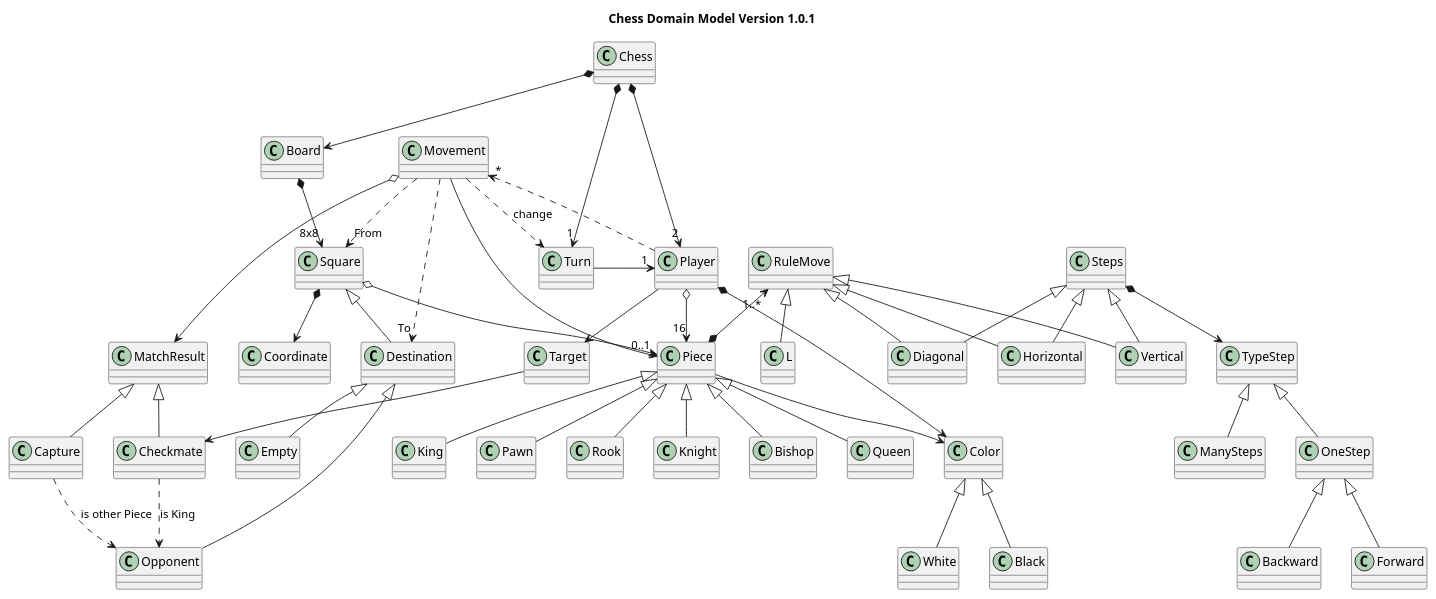
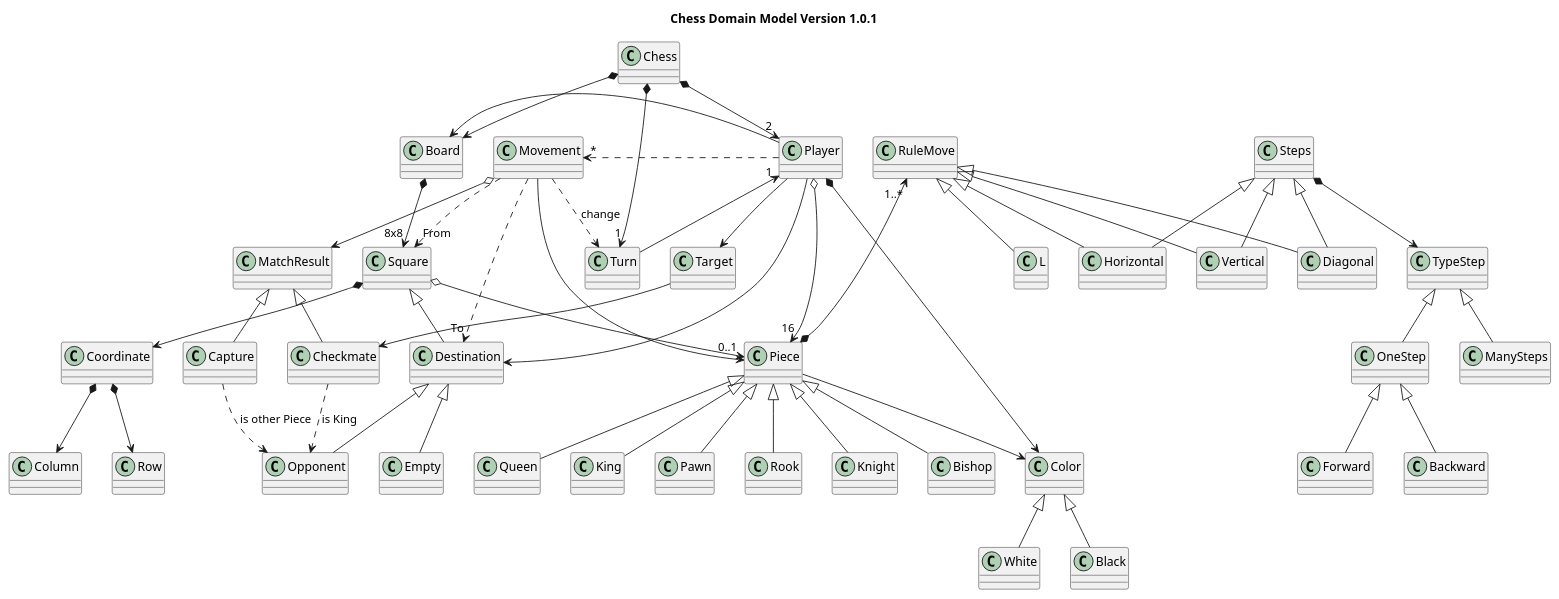
The diagram in uml/kodenix/chess-domainmodel.puml (japc78/escuelait-masterds-02-poo-chess), drawn with PlantUML before and after one commit. The commit also changed 15 other files, not shown here.

```diff
--- a/uml/kodenix/chess-domainmodel.puml
+++ b/uml/kodenix/chess-domainmodel.puml
@@ -1,126 +1,132 @@
 @startuml ChessDomainModel_v1_0_1
 
 	title Chess Domain Model Version 1.0.1
 
 	class Chess
 	
 	
 	
     class Square
 	class Empty
 	class Opponent
     
     class Coordinate
     
 	together {
 		class Player	
 		class RuleMove
 	
 	}
 	
 		class Board
 		class Piece
 		
 	
 
 	
 		class Movement
 		class Turn
 		class RuleMove
 	
 	
 	class Pawn
 	class Rook
 	class Knight
 	class Bishop
 	class Queen
 	class King
 	class Color
 	class White
 	class Black
 	
 	
 	class Checkmate
 	class Capture
 
 	class Target
 	class Steps
 	class TypeStep
 	class OneStep
 	class Forward
 	class Backward
 	class ManySteps
 	class Destination
 	class Checkmate
 
 	Chess *--> "1" Turn
 	Chess *--> Board
 	Chess *--> "2" Player
 	Turn --> "1" Player
 
     Board *--> "8x8" Square
 
 	Player ..> "*" Movement
 	Player *--> Color
 	Player o--> "16" Piece
+	Player --> Destination
+	Player --> Board
+
 	/'Player *-- King
 	Player *-- Queen
 	Player *-- "2" Bishop
 	Player *-- "2" Knight
 	Player *-- "2" Rook
 	Player *-- "8" Pawn
 	'/
 	Player --> Target
 	Target --> Checkmate
 
 	Color <|-- White
 	Color <|-- Black
 
 	Piece *--> "1..*" RuleMove
 	Piece <|-- Pawn
 	Piece <|-- Bishop
 	Piece <|-- Knight
 	Piece <|-- Rook
 	Piece <|-- Queen
 	Piece <|-- King
 
 	Piece --> Color
 
 	Movement ..> Turn : change
 	Movement ..> "To" Destination
     Movement ..> "From" Square
 	Movement --> Piece
 	Movement o--> MatchResult
 
 	MatchResult ^-- Checkmate
 	MatchResult ^-- Capture
 	Checkmate ..>  Opponent : "is King"
 	Capture ..>  Opponent : "is other Piece"
 
 	Square o--> "0..1" Piece
     Square <|-- Destination
     Square *--> Coordinate
 
+	Coordinate *--> Row
+	Coordinate *--> Column
+
 	Destination <|-- Empty
 	Destination <|-- Opponent
 	'Opponent <|-- Target
 	'Target --> King	
 
 	RuleMove <|-- Horizontal
 	RuleMove <|-- Vertical
 	RuleMove <|-- Diagonal
 	RuleMove <|-- L
 
 	
 	Steps *--> TypeStep
 	TypeStep ^-- OneStep
 		OneStep ^-- Forward
 		OneStep ^-- Backward
 	TypeStep ^-- ManySteps
 	Steps ^-- Horizontal
 	Steps ^-- Vertical
 	Steps ^-- Diagonal
 
 	
 
 @enduml
```
